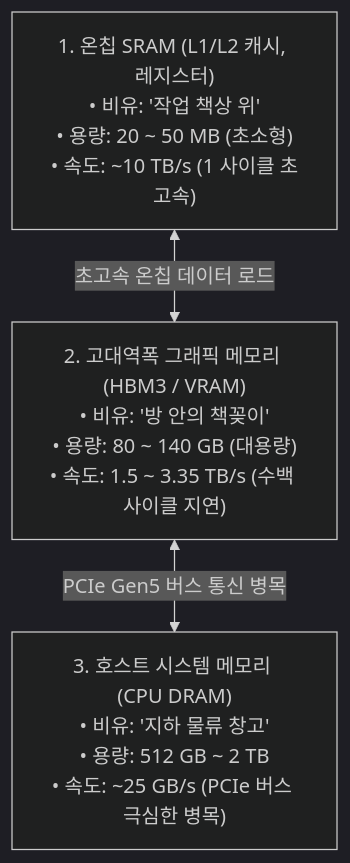
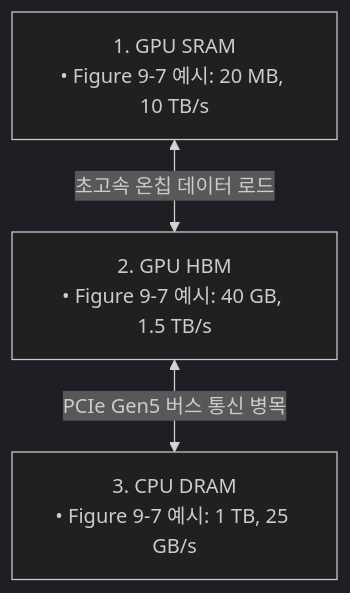
One commit to sing-u8/AI-Engineering changed the third of 3 diagrams in chapter-qa/ch09-inference-optimization-qa/01-inference-fundamentals-and-hardware-math.md. Above: the diagram before and after it, drawn with Mermaid (dark theme). The commit also changed other lines of this file and 3 other files, not shown here.

````diff
--- a/chapter-qa/ch09-inference-optimization-qa/01-inference-fundamentals-and-hardware-math.md
+++ b/chapter-qa/ch09-inference-optimization-qa/01-inference-fundamentals-and-hardware-math.md
@@ -210,9 +215,9 @@
 ```mermaid
 flowchart TD
-    SRAM["1. 온칩 SRAM (L1/L2 캐시, 레지스터)<br/>• 비유: '작업 책상 위'<br/>• 용량: 20 ~ 50 MB (초소형)<br/>• 속도: ~10 TB/s (1 사이클 초고속)"]
-    HBM["2. 고대역폭 그래픽 메모리 (HBM3 / VRAM)<br/>• 비유: '방 안의 책꽂이'<br/>• 용량: 80 ~ 140 GB (대용량)<br/>• 속도: 1.5 ~ 3.35 TB/s (수백 사이클 지연)"]
-    DRAM["3. 호스트 시스템 메모리 (CPU DRAM)<br/>• 비유: '지하 물류 창고'<br/>• 용량: 512 GB ~ 2 TB<br/>• 속도: ~25 GB/s (PCIe 버스 극심한 병목)"]
+    SRAM["1. GPU SRAM<br/>• Figure 9-7 예시: 20 MB, 10 TB/s"]
+    HBM["2. GPU HBM<br/>• Figure 9-7 예시: 40 GB, 1.5 TB/s"]
+    DRAM["3. CPU DRAM<br/>• Figure 9-7 예시: 1 TB, 25 GB/s"]
 
     SRAM <-->|초고속 온칩 데이터 로드| HBM
     HBM <-->|PCIe Gen5 버스 통신 병목| DRAM
 ```
````
